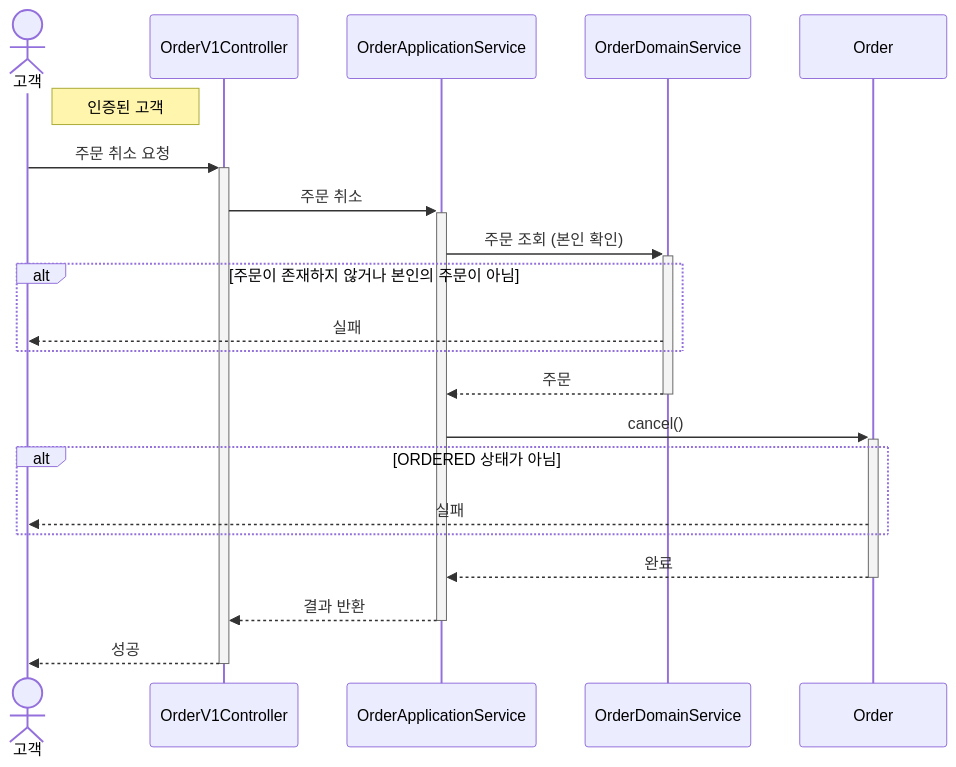
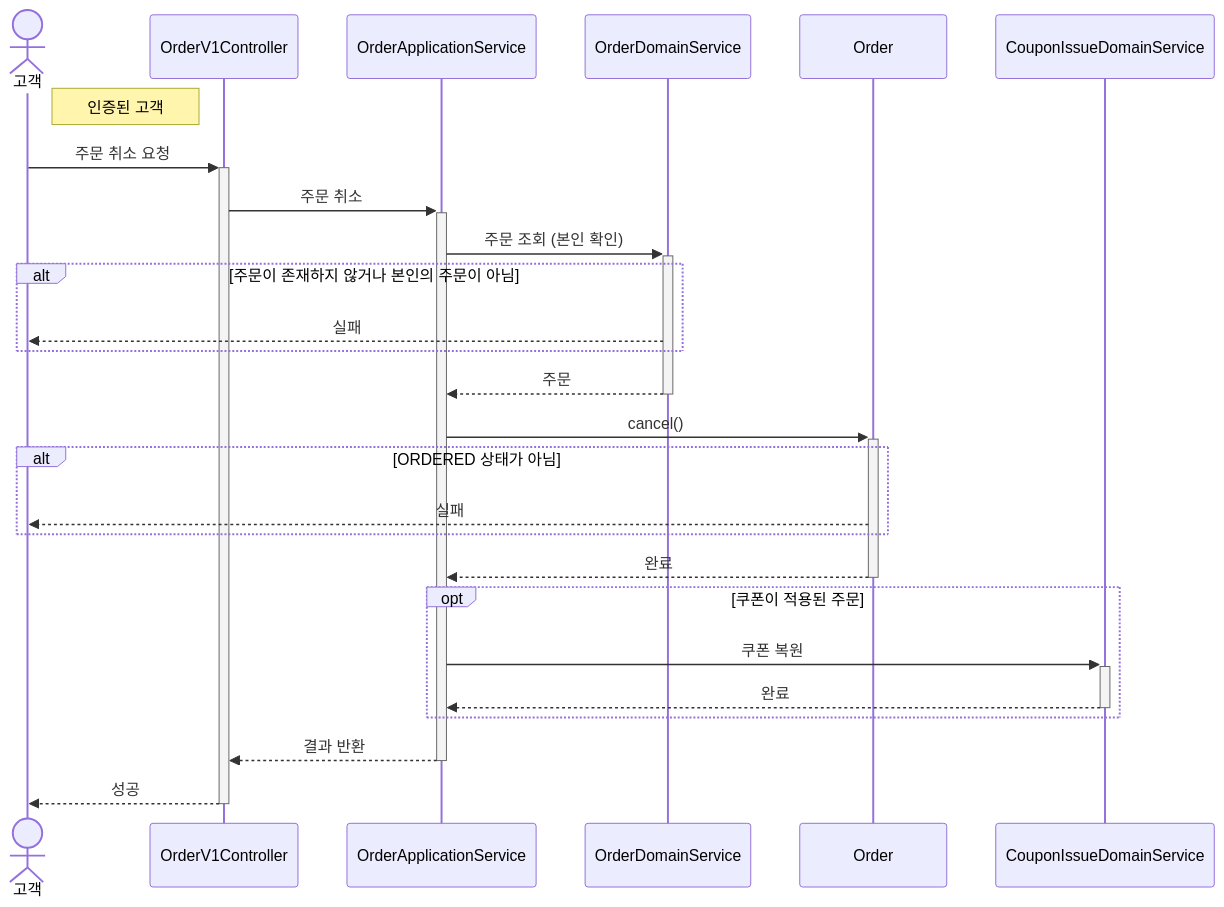
The seventh of 7 diagrams in .docs/02-sequence-diagrams.md (Loopers-dev-lab/loop-pack-be-l2-vol3-java), drawn with Mermaid before and after one commit. The commit also changed other lines of this file and 4 other files, not shown here.

````diff
--- a/.docs/02-sequence-diagrams.md
+++ b/.docs/02-sequence-diagrams.md
@@ -288,28 +363,34 @@
 ```mermaid
 sequenceDiagram
     actor 고객
     participant OrderV1Controller
     participant OrderApplicationService
     participant OrderDomainService
     participant Order
+    participant CouponIssueDomainService
 
     Note right of 고객: 인증된 고객
 
     고객->>+OrderV1Controller: 주문 취소 요청
     OrderV1Controller->>+OrderApplicationService: 주문 취소
 
     OrderApplicationService->>+OrderDomainService: 주문 조회 (본인 확인)
     alt 주문이 존재하지 않거나 본인의 주문이 아님
         OrderDomainService-->>고객: 실패
     end
     OrderDomainService-->>-OrderApplicationService: 주문
 
     OrderApplicationService->>+Order: cancel()
     alt ORDERED 상태가 아님
         Order-->>고객: 실패
     end
     Order-->>-OrderApplicationService: 완료
 
+    opt 쿠폰이 적용된 주문
+        OrderApplicationService->>+CouponIssueDomainService: 쿠폰 복원
+        CouponIssueDomainService-->>-OrderApplicationService: 완료
+    end
+
     OrderApplicationService-->>-OrderV1Controller: 결과 반환
     OrderV1Controller-->>-고객: 성공
 ```
````
